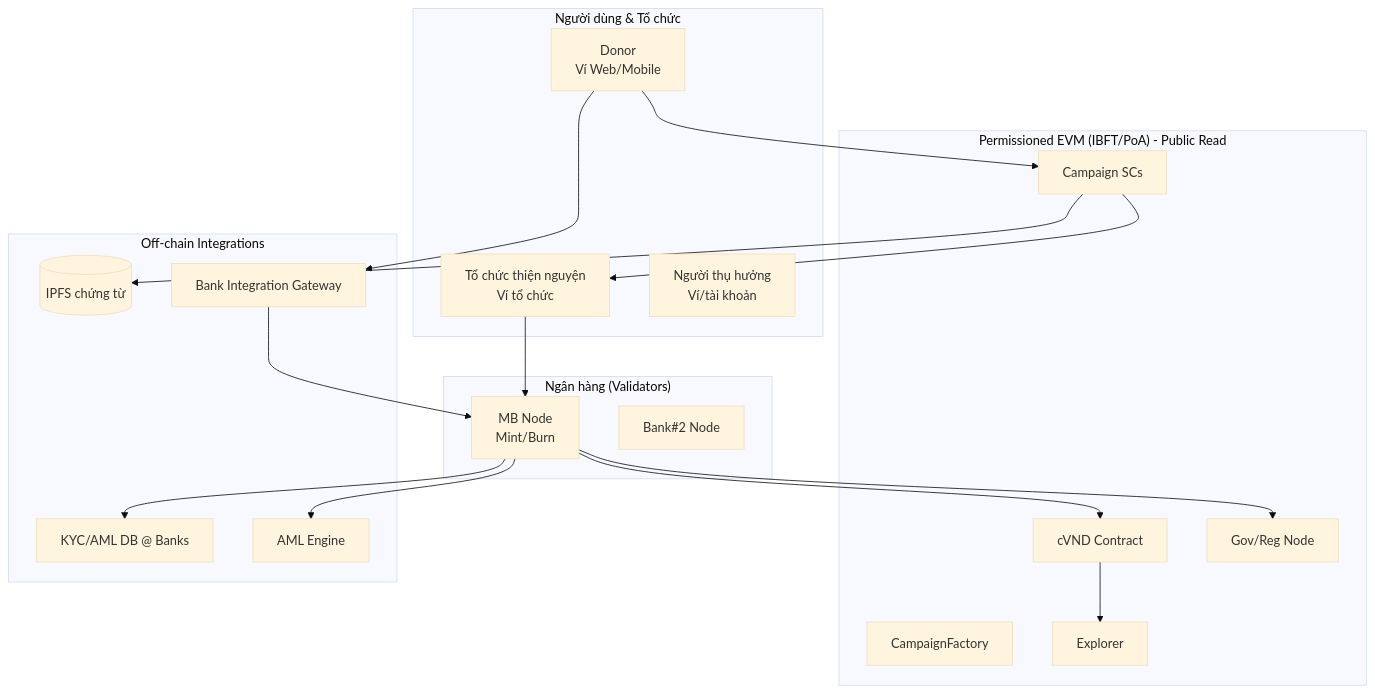
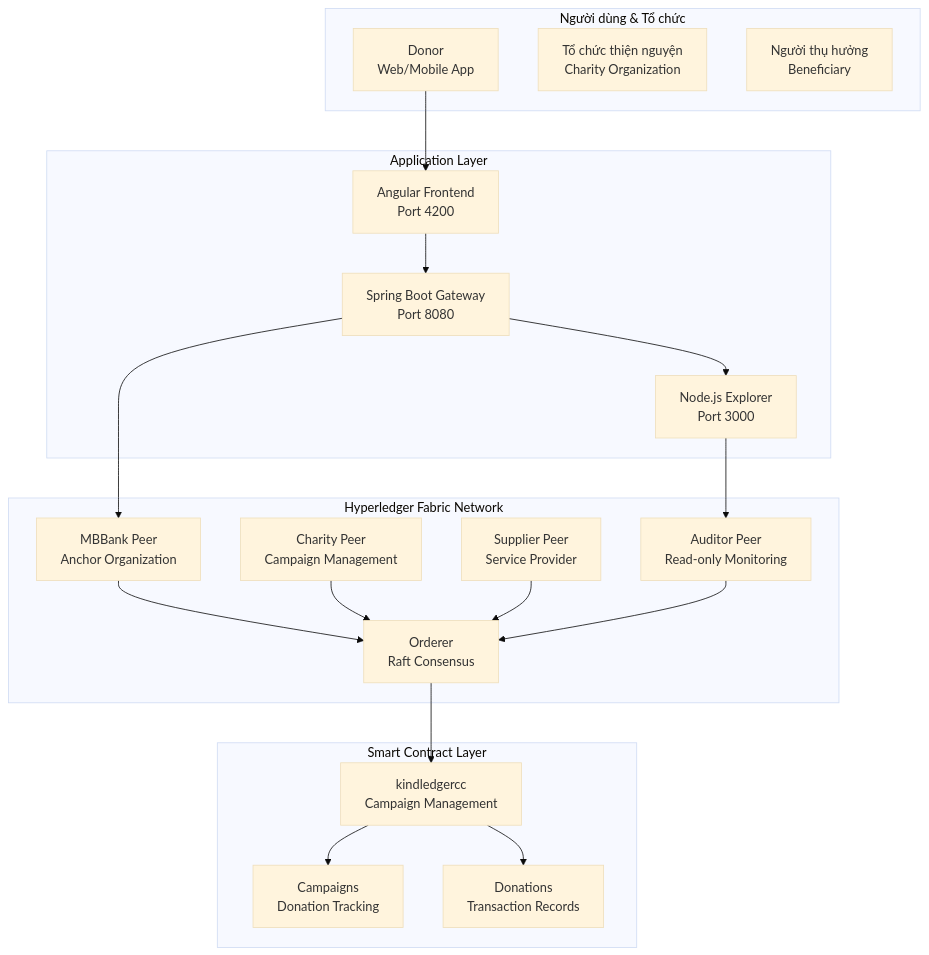
Before and after one commit to trunghc97/kind-ledger: the first of 6 diagrams in documents/intro.md, drawn with Mermaid (base theme). The commit also changed other lines of this file and 146 other files, not shown here.

````diff
--- a/documents/intro.md
+++ b/documents/intro.md
@@ -88,38 +92,41 @@
 ```mermaid
 flowchart TB
   subgraph Users["Người dùng & Tổ chức"]
-    Donor["Donor<br/>Ví Web/Mobile"]
-    Charity["Tổ chức thiện nguyện<br/>Ví tổ chức"]
-    Benef["Người thụ hưởng<br/>Ví/tài khoản"]
+    Donor["Donor<br/>Web/Mobile App"]
+    Charity["Tổ chức thiện nguyện<br/>Charity Organization"]
+    Benef["Người thụ hưởng<br/>Beneficiary"]
   end
 
-  subgraph Banks["Ngân hàng (Validators)"]
-    MB["MB Node<br/>Mint/Burn"]
-    B2["Bank#2 Node"]
+  subgraph Fabric["Hyperledger Fabric Network"]
+    Orderer["Orderer<br/>Raft Consensus"]
+    MB["MBBank Peer<br/>Anchor Organization"]
+    CharityPeer["Charity Peer<br/>Campaign Management"]
+    SupplierPeer["Supplier Peer<br/>Service Provider"]
+    AuditorPeer["Auditor Peer<br/>Read-only Monitoring"]
   end
 
-  subgraph Chain["Permissioned EVM (IBFT/PoA) - Public Read"]
-    Token["cVND Contract"]
-    Factory["CampaignFactory"]
-    Camp["Campaign SCs"]
-    Explorer["Explorer"]
-    Gov["Gov/Reg Node"]
+  subgraph Chaincode["Smart Contract Layer"]
+    KindLedgerCC["kindledgercc<br/>Campaign Management"]
+    Campaigns["Campaigns<br/>Donation Tracking"]
+    Donations["Donations<br/>Transaction Records"]
   end
 
-  subgraph Offchain["Off-chain Integrations"]
-    KYC["KYC/AML DB @ Banks"]
-    IPFS[("IPFS chứng từ")]
-    GW["Bank Integration Gateway"]
-    AML["AML Engine"]
+  subgraph Apps["Application Layer"]
+    Frontend["Angular Frontend<br/>Port 4200"]
+    Gateway["Spring Boot Gateway<br/>Port 8080"]
+    Explorer["Node.js Explorer<br/>Port 3000"]
   end
 
-  Donor --> GW --> MB --> Token
-  Donor --> Camp
-  Camp --> Charity
-  Charity --> MB
-  MB --> KYC
-  MB --> AML
-  MB --> Gov
-  Token --> Explorer
-  Camp --> IPFS
+  Donor --> Frontend
+  Frontend --> Gateway
+  Gateway --> MB
+  MB --> Orderer
+  CharityPeer --> Orderer
+  SupplierPeer --> Orderer
+  AuditorPeer --> Orderer
+  Orderer --> KindLedgerCC
+  KindLedgerCC --> Campaigns
+  KindLedgerCC --> Donations
+  Explorer --> AuditorPeer
+  Gateway --> Explorer
 ```
````
